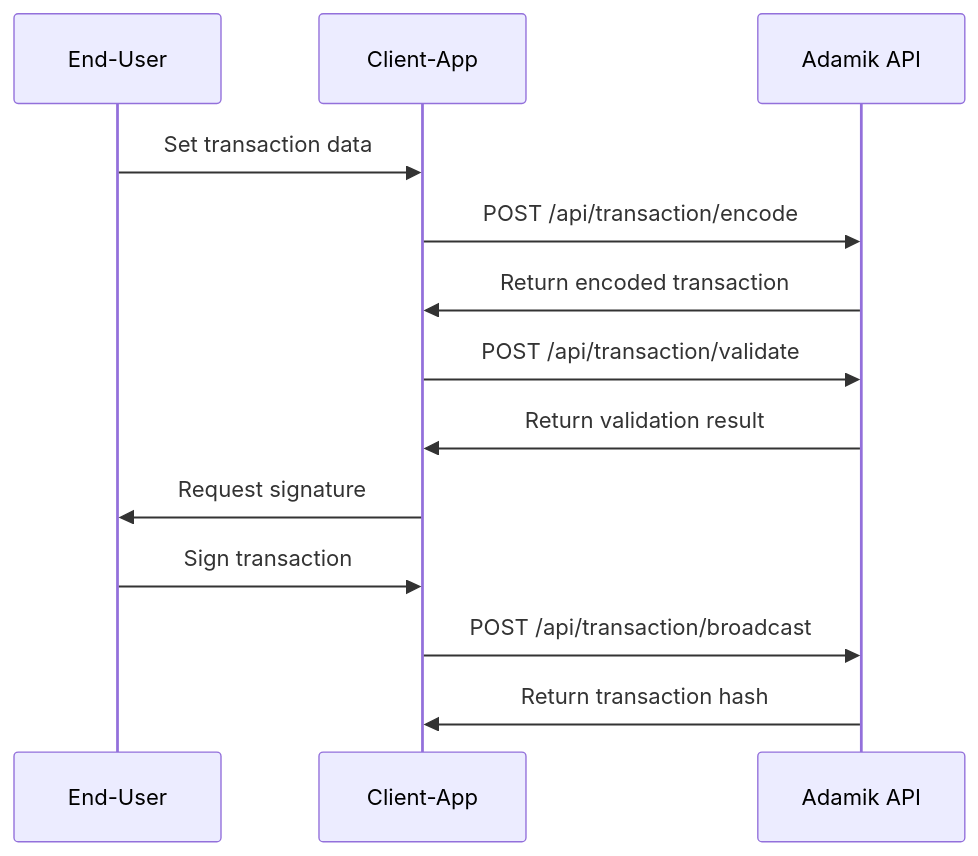
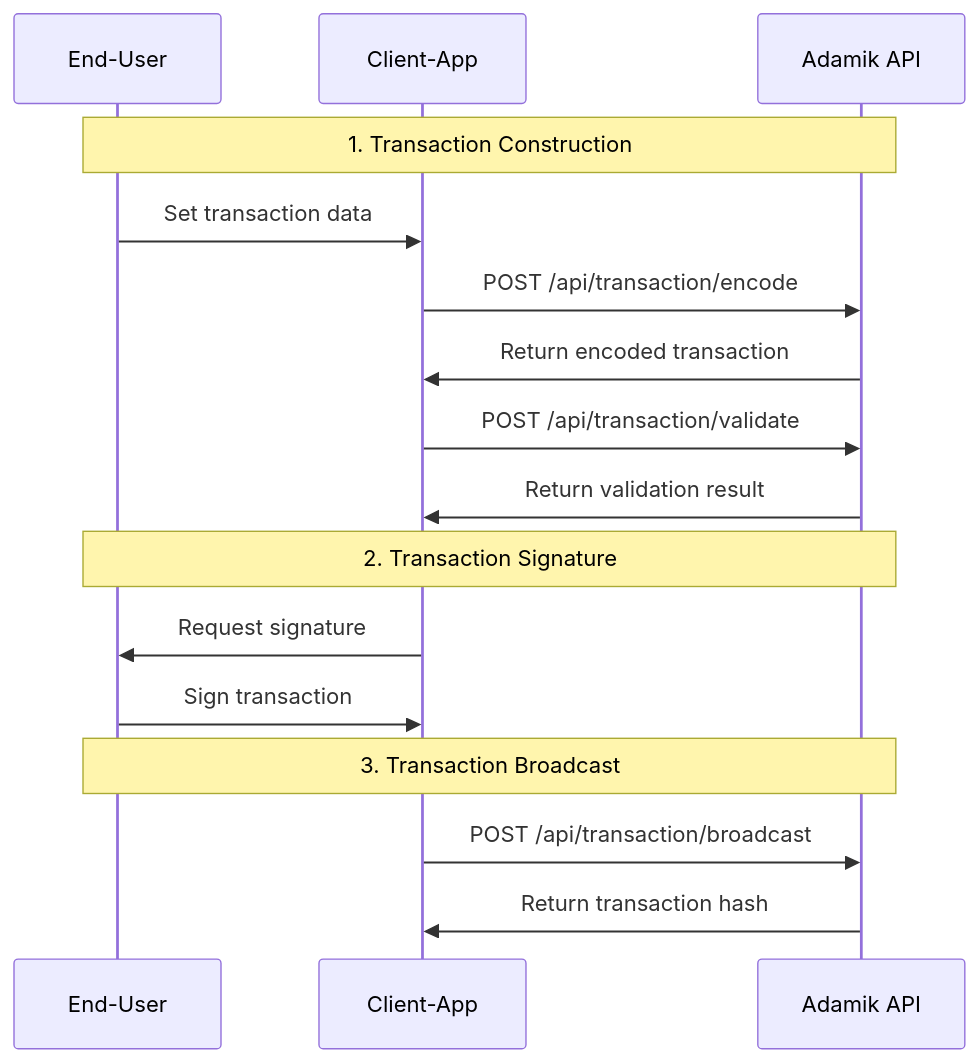
Before and after one commit to AdamikHQ/adamik-documentation: the diagram in api_overview/write_API_overview_and_interaction_flow.mdx, drawn with Mermaid. The commit also changed other lines of this file and 1 other file, not shown here.

Commit message:
Improvements for read and write overviews

````diff
--- a/api_overview/write_API_overview_and_interaction_flow.mdx
+++ b/api_overview/write_API_overview_and_interaction_flow.mdx
@@ -34,23 +34,21 @@
 ```mermaid
 sequenceDiagram
     participant USER as End-User
     participant CLIENT as Client-App
     participant ADAMIK as Adamik API
 
-    %% Transaction Preparation %%
+    Note over USER,ADAMIK: 1. Transaction Construction
     USER->>CLIENT: Set transaction data
     CLIENT->>ADAMIK: POST /api/transaction/encode
     ADAMIK->>CLIENT: Return encoded transaction
-
-    %% Optional Validation %%
     CLIENT->>ADAMIK: POST /api/transaction/validate
     ADAMIK->>CLIENT: Return validation result
 
-    %% Signature Process %%
+    Note over USER,ADAMIK: 2. Transaction Signature
     CLIENT->>USER: Request signature
     USER->>CLIENT: Sign transaction
 
-    %% Broadcasting %%
+    Note over USER,ADAMIK: 3. Transaction Broadcast
     CLIENT->>ADAMIK: POST /api/transaction/broadcast
     ADAMIK->>CLIENT: Return transaction hash
 ```
````
